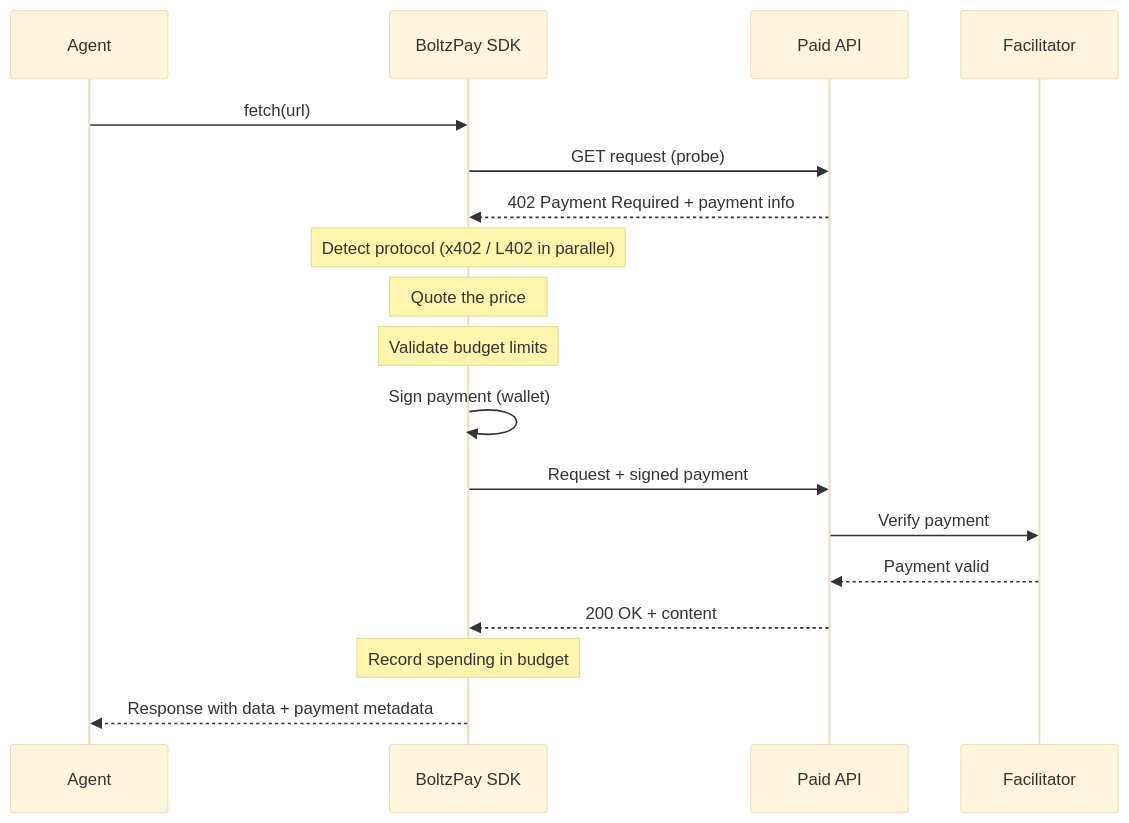
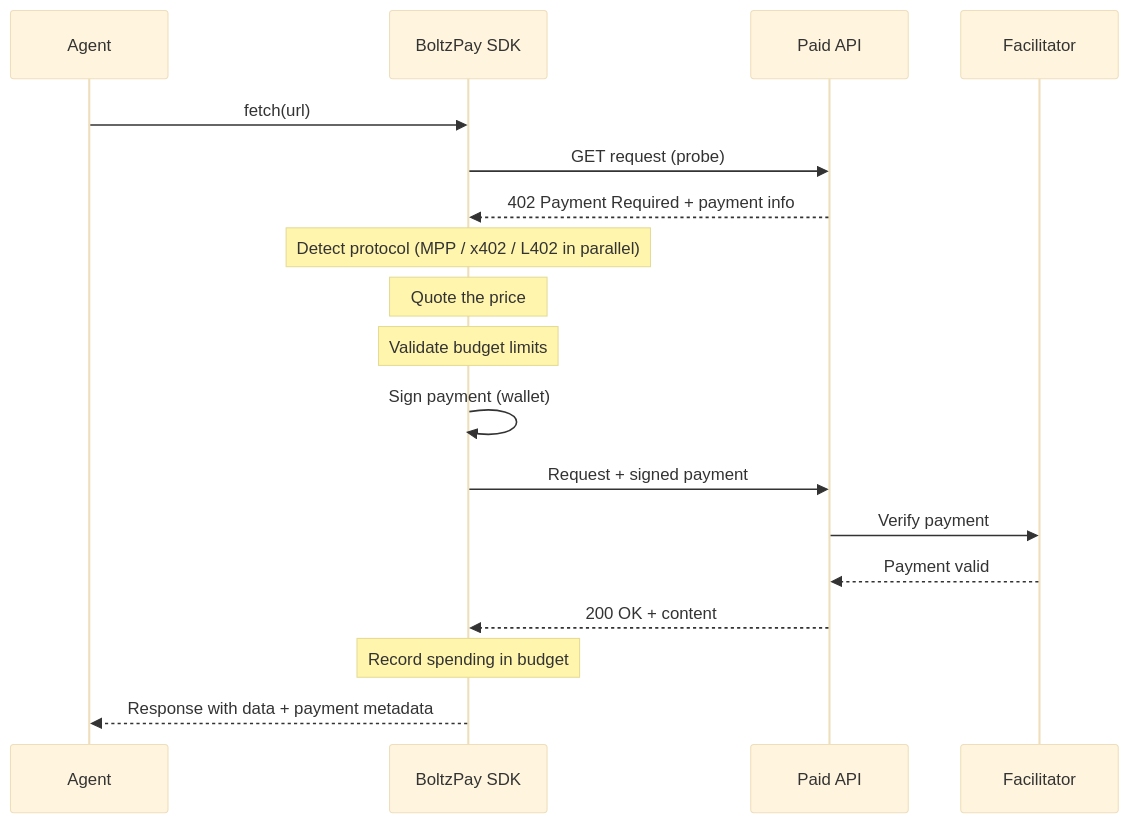
One commit to leventilo/boltzpay changed the first of 2 diagrams in apps/docs-mintlify/concepts/how-it-works.mdx. Above: the diagram before and after it, drawn with Mermaid (base theme). The commit also changed other lines of this file and 17 other files, not shown here.

First line of the commit message:
docs(sdk): update documentation for v0.3 — mpp, sessions, registry

````diff
--- a/apps/docs-mintlify/concepts/how-it-works.mdx
+++ b/apps/docs-mintlify/concepts/how-it-works.mdx
@@ -12,25 +12,25 @@
 ```mermaid
 sequenceDiagram
     participant Agent
     participant SDK as BoltzPay SDK
     participant Server as Paid API
     participant Facilitator
 
     Agent->>SDK: fetch(url)
     SDK->>Server: GET request (probe)
     Server-->>SDK: 402 Payment Required + payment info
 
-    Note over SDK: Detect protocol (x402 / L402 in parallel)
+    Note over SDK: Detect protocol (MPP / x402 / L402 in parallel)
     Note over SDK: Quote the price
     Note over SDK: Validate budget limits
 
     SDK->>SDK: Sign payment (wallet)
     SDK->>Server: Request + signed payment
     Server->>Facilitator: Verify payment
     Facilitator-->>Server: Payment valid
     Server-->>SDK: 200 OK + content
 
     Note over SDK: Record spending in budget
 
     SDK-->>Agent: Response with data + payment metadata
 ```
````
